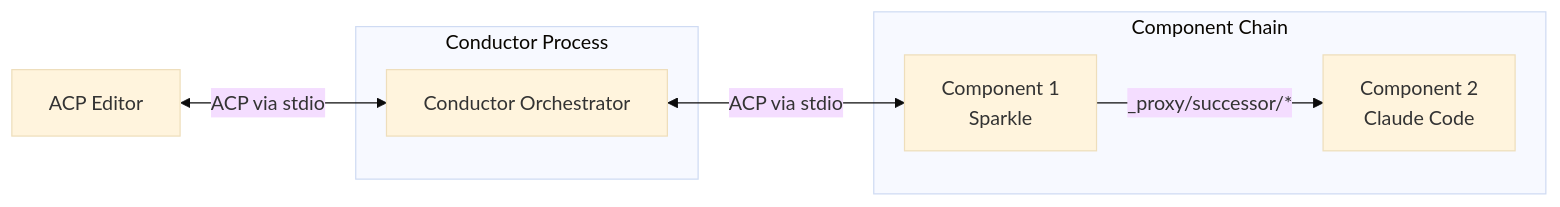
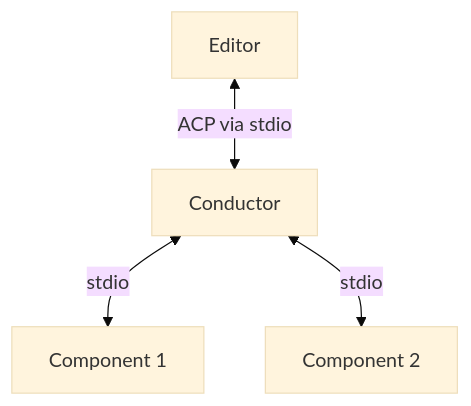
One commit to symposium-dev/symposium-acp changed the first of 2 diagrams in md/conductor.md. Above: the diagram before and after it, drawn with Mermaid (base theme). The commit also changed other lines of this file and 1 other file, not shown here.

First line of the commit message:
docs: clarify conductor architecture and add proxy mode support

````diff
--- a/md/conductor.md
+++ b/md/conductor.md
@@ -11,18 +11,11 @@
 ```mermaid
-flowchart LR
-    Editor[ACP Editor]
+flowchart TB
+    Editor[Editor]
+    C[Conductor]
+    P1[Component 1]
+    P2[Component 2]
     
-    subgraph Conductor[Conductor Process]
-        F[Conductor Orchestrator]
-    end
-    
-    subgraph Chain[Component Chain]
-        C1[Component 1<br/>Sparkle]
-        C2[Component 2<br/>Claude Code]
-        
-        C1 -->|_proxy/successor/*| C2
-    end
-    
-    Editor <-->|ACP via stdio| F
-    F <-->|ACP via stdio| C1
+    Editor <-->|ACP via stdio| C
+    C <-->|stdio| P1
+    C <-->|stdio| P2
 ```
````
